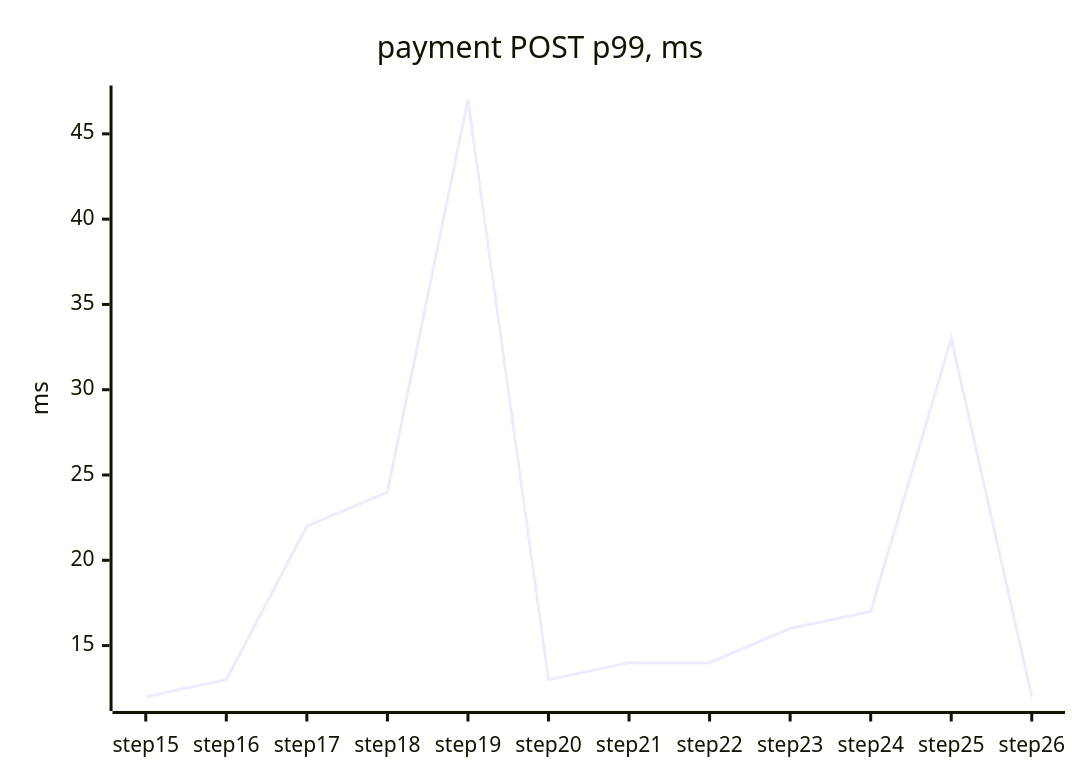
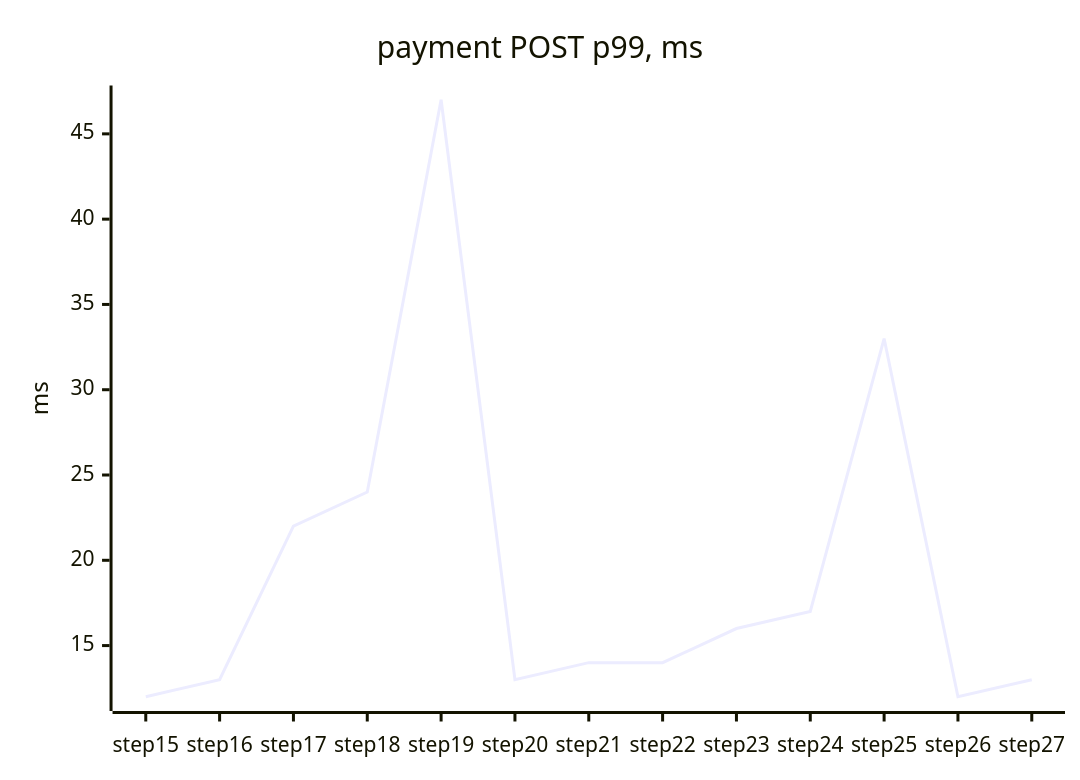
One commit to tanvoid0/ledgerflow changed the third of 4 diagrams in docs/perf/README.md. Above: the diagram before and after it, drawn with Mermaid. The commit also changed other lines of this file and 5 other files, not shown here.

````diff
--- a/docs/perf/README.md
+++ b/docs/perf/README.md
@@ -106,7 +110,7 @@
 ```mermaid
 xychart-beta
     title "payment POST p99, ms"
-    x-axis ["step15", "step16", "step17", "step18", "step19", "step20", "step21", "step22", "step23", "step24", "step25", "step26"]
+    x-axis ["step15", "step16", "step17", "step18", "step19", "step20", "step21", "step22", "step23", "step24", "step25", "step26", "step27"]
     y-axis "ms"
-    line [12, 13, 22, 24, 47, 13, 14, 14, 16, 17, 33, 12]
+    line [12, 13, 22, 24, 47, 13, 14, 14, 16, 17, 33, 12, 13]
 ```
````
